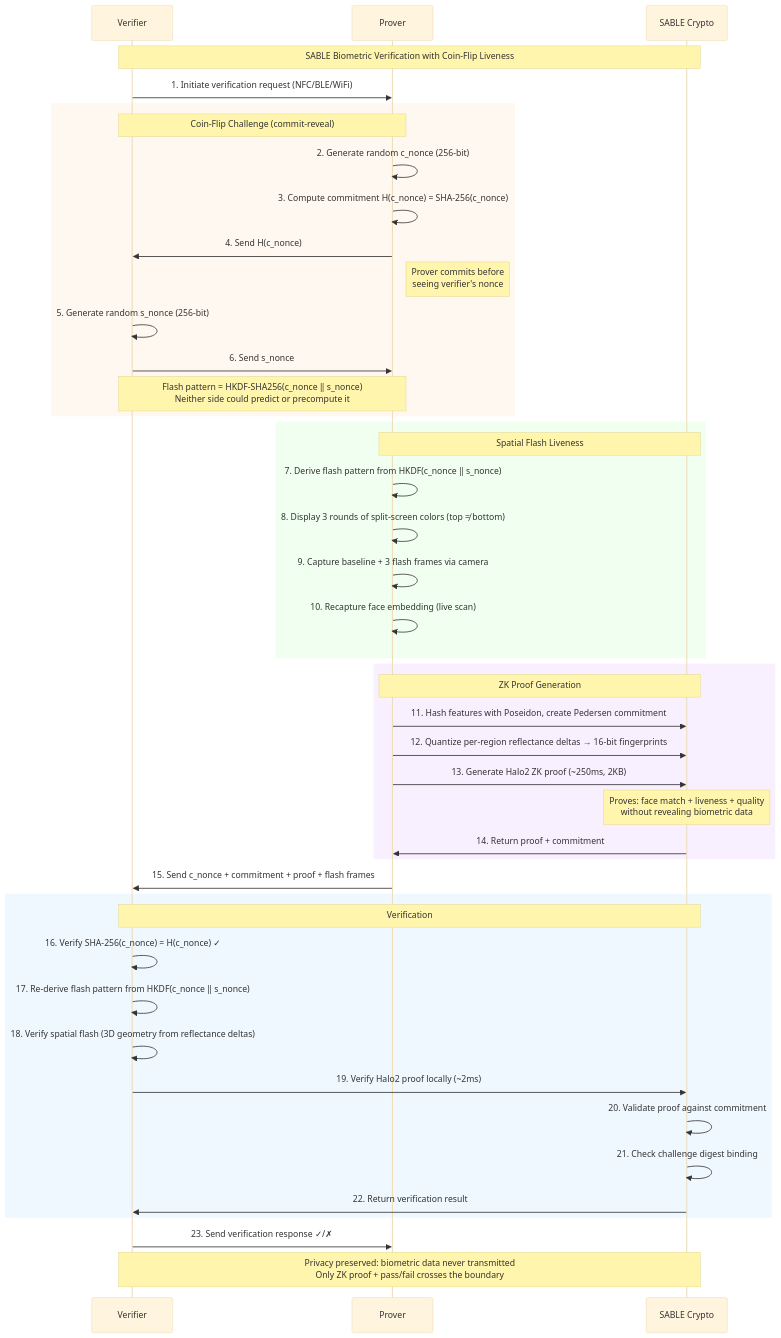
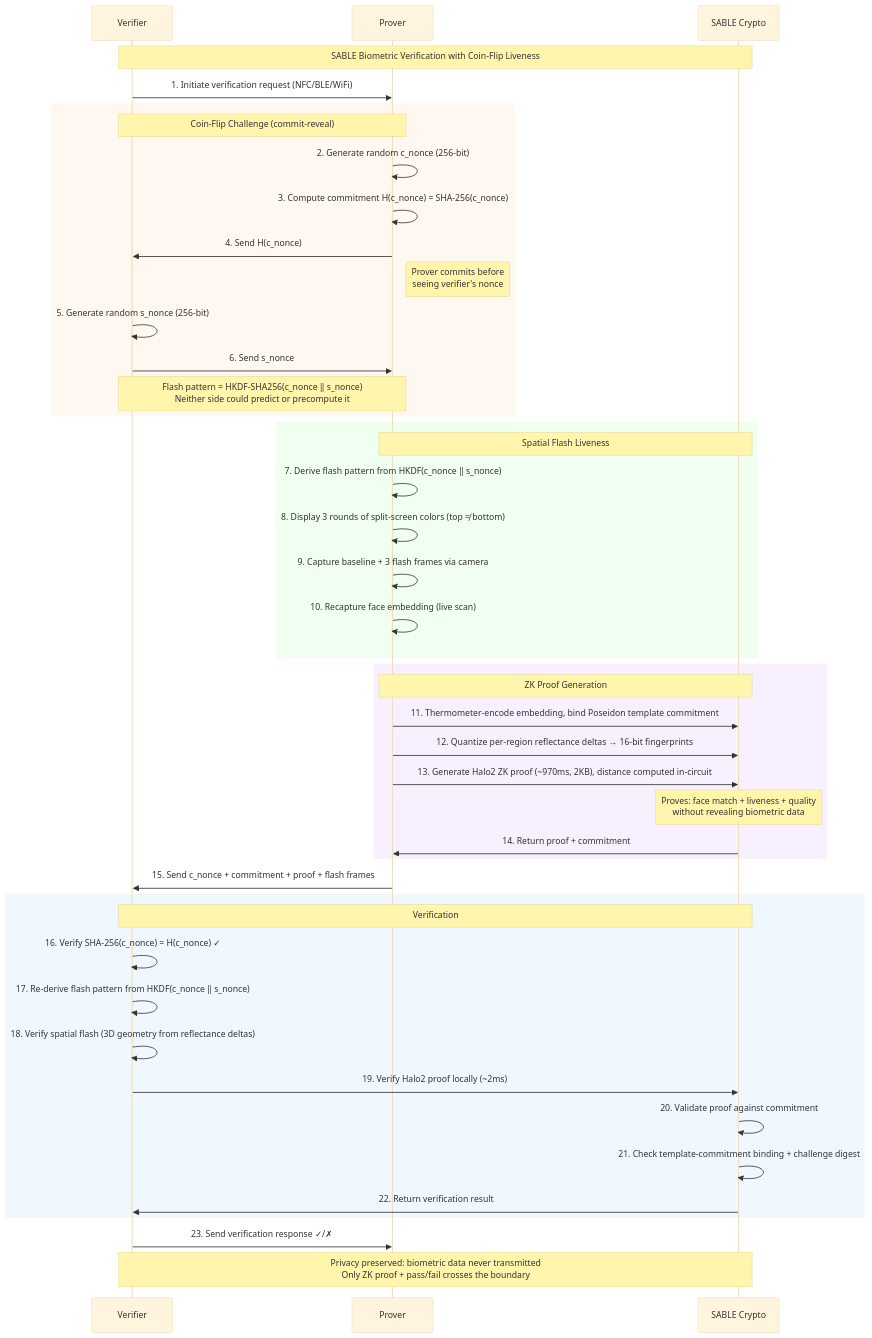
The diagram in README.md (anuna-research/sable), drawn with Mermaid (base theme) before and after one commit. The commit also changed other lines of this file, not shown here.

First line of the commit message:
docs: update README for in-circuit matcher and thermometer encoding

````diff
--- a/README.md
+++ b/README.md
@@ -210,55 +219,55 @@
 ```mermaid
 sequenceDiagram
     participant V as Verifier
     participant P as Prover
     participant SC as SABLE Crypto
 
     Note over V,SC: SABLE Biometric Verification with Coin-Flip Liveness
 
     V->>P: 1. Initiate verification request (NFC/BLE/WiFi)
 
     rect rgb(255, 248, 240)
     Note over V,P: Coin-Flip Challenge (commit-reveal)
     P->>P: 2. Generate random c_nonce (256-bit)
     P->>P: 3. Compute commitment H(c_nonce) = SHA-256(c_nonce)
     P->>V: 4. Send H(c_nonce)
     Note right of P: Prover commits before<br/>seeing verifier's nonce
     V->>V: 5. Generate random s_nonce (256-bit)
     V->>P: 6. Send s_nonce
     Note over V,P: Flash pattern = HKDF-SHA256(c_nonce ‖ s_nonce)<br/>Neither side could predict or precompute it
     end
 
     rect rgb(240, 255, 240)
     Note over P,SC: Spatial Flash Liveness
     P->>P: 7. Derive flash pattern from HKDF(c_nonce ‖ s_nonce)
     P->>P: 8. Display 3 rounds of split-screen colors (top ≠ bottom)
     P->>P: 9. Capture baseline + 3 flash frames via camera
     P->>P: 10. Recapture face embedding (live scan)
     end
 
     rect rgb(248, 240, 255)
     Note over P,SC: ZK Proof Generation
-    P->>SC: 11. Hash features with Poseidon, create Pedersen commitment
+    P->>SC: 11. Thermometer-encode embedding, bind Poseidon template commitment
     P->>SC: 12. Quantize per-region reflectance deltas → 16-bit fingerprints
-    P->>SC: 13. Generate Halo2 ZK proof (~250ms, 2KB)
+    P->>SC: 13. Generate Halo2 ZK proof (~970ms, 2KB), distance computed in-circuit
     Note over SC: Proves: face match + liveness + quality<br/>without revealing biometric data
     SC->>P: 14. Return proof + commitment
     end
 
     P->>V: 15. Send c_nonce + commitment + proof + flash frames
 
     rect rgb(240, 248, 255)
     Note over V,SC: Verification
     V->>V: 16. Verify SHA-256(c_nonce) = H(c_nonce) ✓
     V->>V: 17. Re-derive flash pattern from HKDF(c_nonce ‖ s_nonce)
     V->>V: 18. Verify spatial flash (3D geometry from reflectance deltas)
     V->>SC: 19. Verify Halo2 proof locally (~2ms)
     SC->>SC: 20. Validate proof against commitment
-    SC->>SC: 21. Check challenge digest binding
+    SC->>SC: 21. Check template-commitment binding + challenge digest
     SC->>V: 22. Return verification result
     end
 
     V->>P: 23. Send verification response ✓/✗
 
     Note over V,SC: Privacy preserved: biometric data never transmitted<br/>Only ZK proof + pass/fail crosses the boundary
 ```
````
